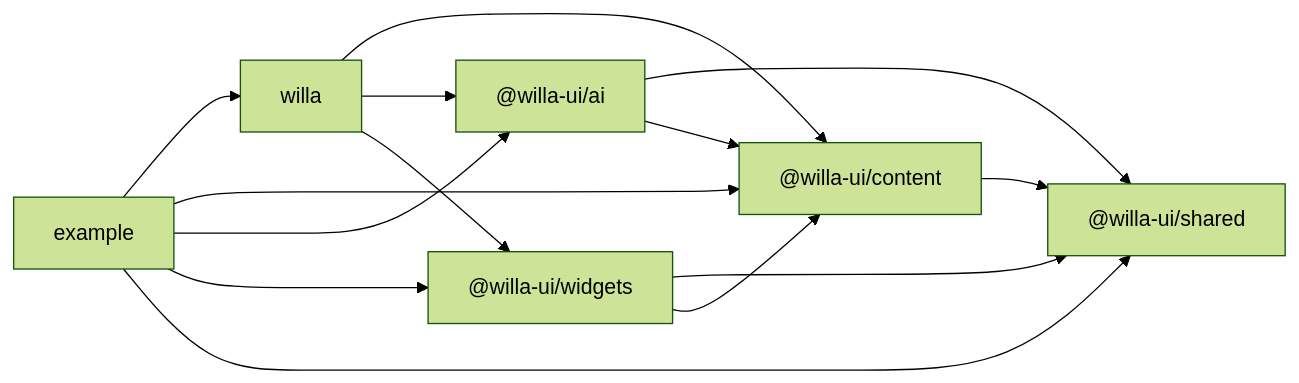
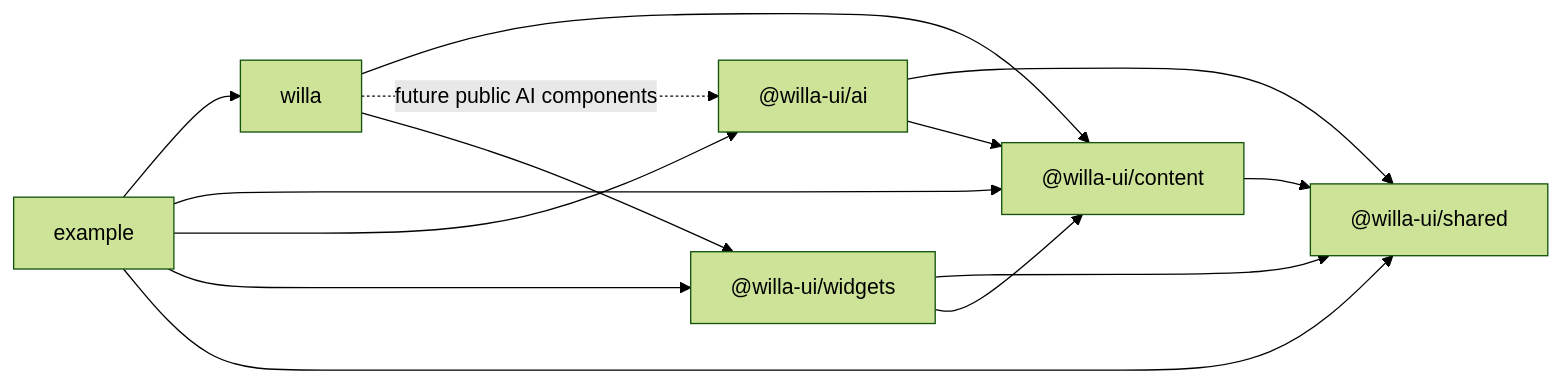
One commit to imtaotao/willa changed the first of 4 diagrams in docs/architecture.md. Above: the diagram before and after it, drawn with Mermaid (forest theme). The commit also changed other lines of this file and 30 other files, not shown here.

````diff
--- a/docs/architecture.md
+++ b/docs/architecture.md
@@ -128,23 +132,23 @@
 ```mermaid
 flowchart LR
   shared["@willa-ui/shared"]
   content["@willa-ui/content"]
   ai["@willa-ui/ai"]
   widgets["@willa-ui/widgets"]
   willa["willa"]
   example["example"]
 
   content --> shared
   ai --> shared
   ai --> content
   widgets --> shared
   widgets --> content
   willa --> content
-  willa --> ai
+  willa -. future public AI components .-> ai
   willa --> widgets
   example --> willa
   example --> content
   example --> ai
   example --> widgets
   example --> shared
 ```
````
